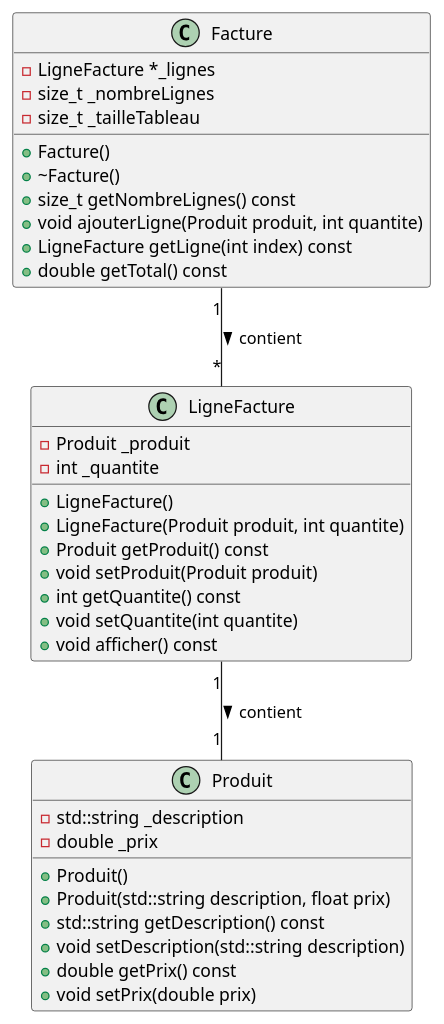
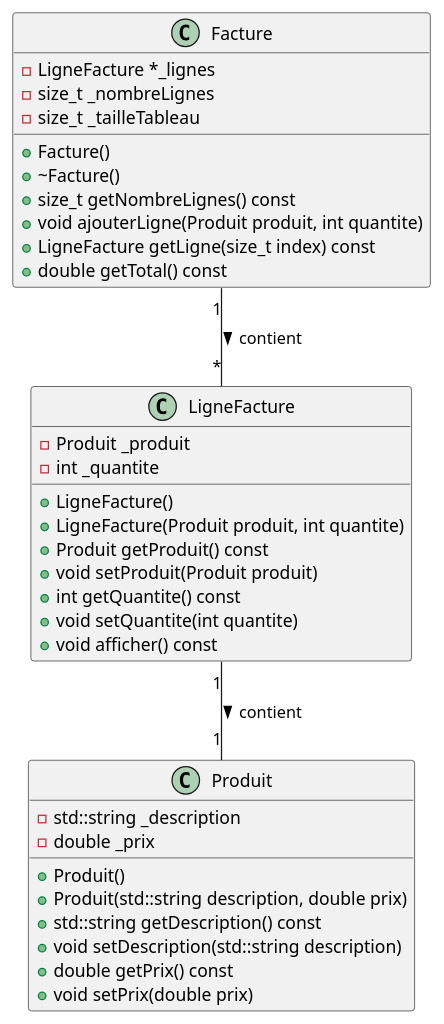
Before and after one commit to plbrault/420-SF2-RE: the diagram in exemples/chapitre4/facture-produit/diagramme.plantuml, drawn with PlantUML.

Commit message:
Changements manquants

```diff
--- a/exemples/chapitre4/facture-produit/diagramme.plantuml
+++ b/exemples/chapitre4/facture-produit/diagramme.plantuml
@@ -1,40 +1,40 @@
 @startuml
 class Produit {
     - std::string _description
     - double _prix
     + Produit()
-    + Produit(std::string description, float prix)
+    + Produit(std::string description, double prix)
     + std::string getDescription() const
     + void setDescription(std::string description)
     + double getPrix() const
     + void setPrix(double prix)
 }
 
 class LigneFacture {
     - Produit _produit
     - int _quantite
     + LigneFacture()
     + LigneFacture(Produit produit, int quantite)
     + Produit getProduit() const
     + void setProduit(Produit produit)
     + int getQuantite() const
     + void setQuantite(int quantite)
     + void afficher() const
 }
 
 class Facture {
     - LigneFacture *_lignes
     - size_t _nombreLignes
     - size_t _tailleTableau
     + Facture()
     + ~Facture()
     + size_t getNombreLignes() const
     + void ajouterLigne(Produit produit, int quantite)
-    + LigneFacture getLigne(int index) const
+    + LigneFacture getLigne(size_t index) const
     + double getTotal() const
 }
 
 ' Relations
 LigneFacture "1" -- "1" Produit : contient >
 Facture "1" -- "*" LigneFacture : contient >
 @enduml
```
